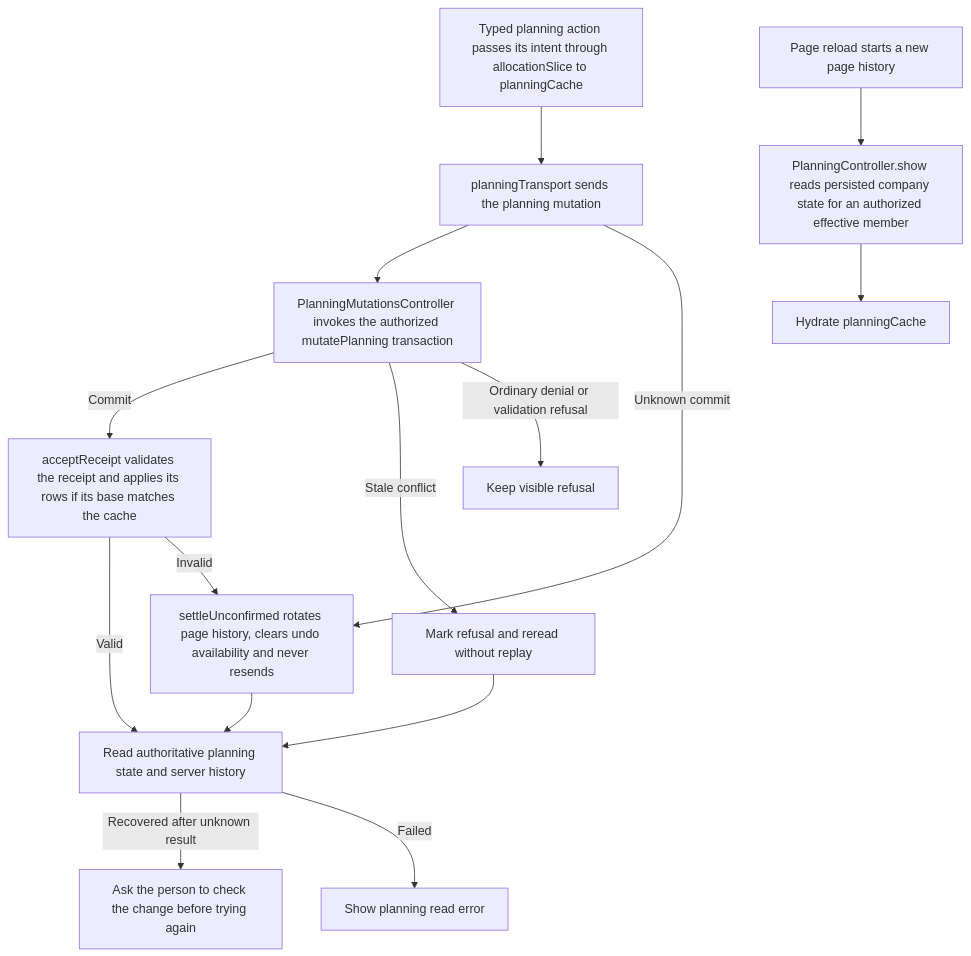
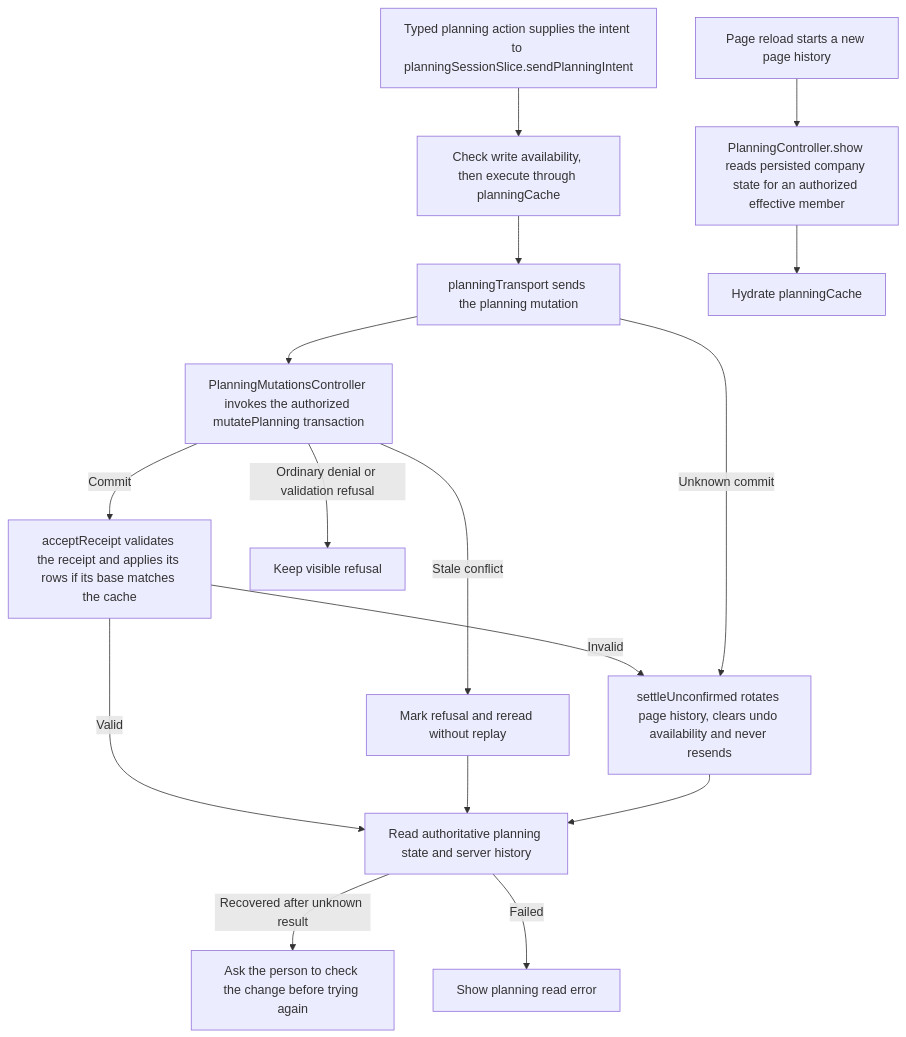
Before and after one commit to Kevinjohn/capacitylens: the second of 2 diagrams in user-stories/data/US-DAT-05-persist-reload.md, drawn with Mermaid. The commit also changed other lines of this file and 2 other files, not shown here.

Commit message:
docs: correct archive and planning flow boundaries

````diff
--- a/user-stories/data/US-DAT-05-persist-reload.md
+++ b/user-stories/data/US-DAT-05-persist-reload.md
@@ -28,17 +28,18 @@
 ```mermaid
 flowchart TD
-  draft["Typed planning action passes its intent through allocationSlice to planningCache"] --> send["planningTransport sends the planning mutation"]
+  draft["Typed planning action supplies the intent to planningSessionSlice.sendPlanningIntent"] --> cacheWrite["Check write availability, then execute through planningCache"]
+  cacheWrite --> send["planningTransport sends the planning mutation"]
   send --> server["PlanningMutationsController invokes the authorized mutatePlanning transaction"]
   server -->|Commit| receipt["acceptReceipt validates the receipt and applies its rows if its base matches the cache"]
   receipt -->|Valid| read["Read authoritative planning state and server history"]
   receipt -->|Invalid| unknown["settleUnconfirmed rotates page history, clears undo availability and never resends"]
   server -->|Stale conflict| stale["Mark refusal and reread without replay"]
   stale --> read
   server -->|Ordinary denial or validation refusal| refuse["Keep visible refusal"]
   send -->|Unknown commit| unknown
   unknown --> read
   read -->|Recovered after unknown result| check["Ask the person to check the change before trying again"]
   read -->|Failed| retryRead["Show planning read error"]
   reload["Page reload starts a new page history"] --> snapshot["PlanningController.show reads persisted company state for an authorized effective member"]
   snapshot --> cache["Hydrate planningCache"]
 ```
````
